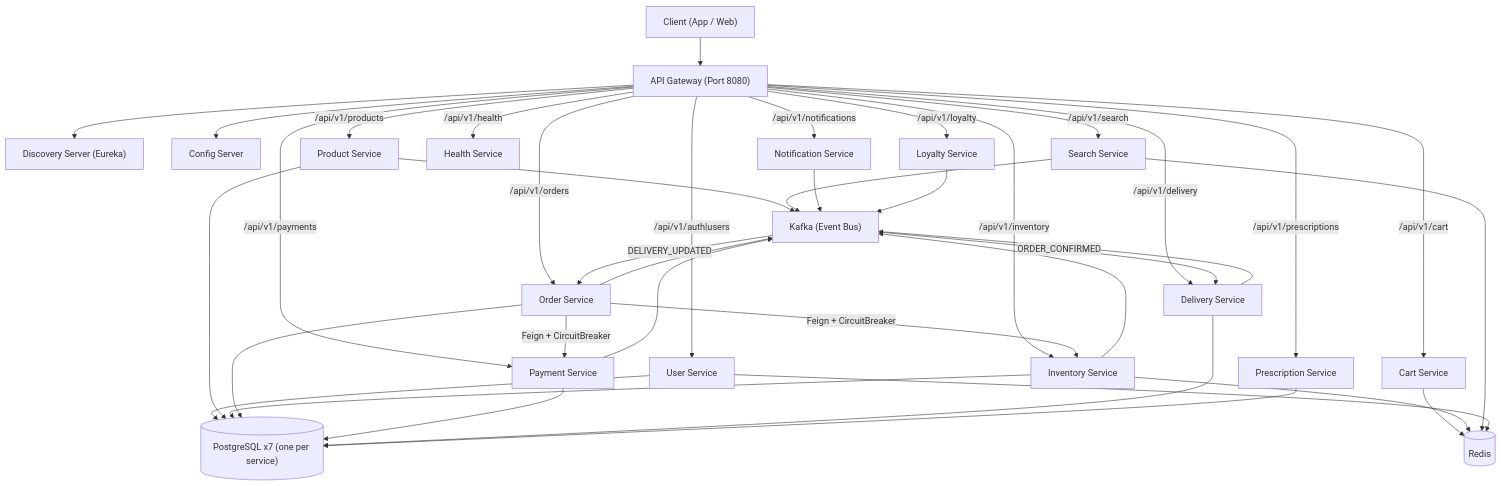
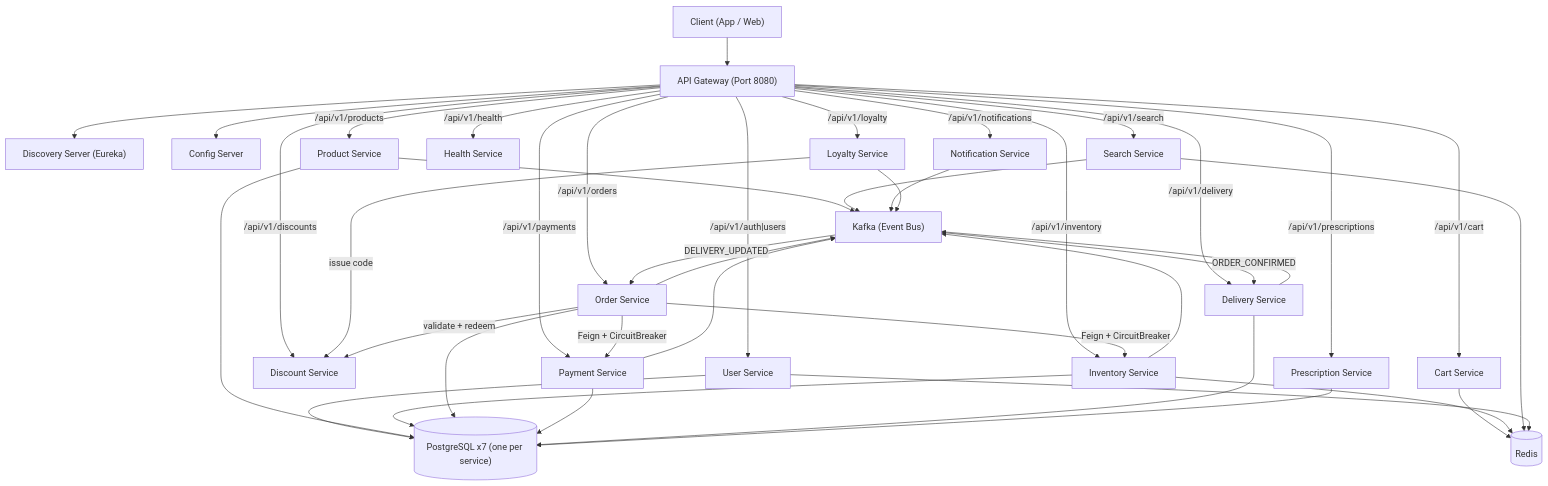
Before and after one commit to code-rana-arijit/Medikit: the first of 3 diagrams in README.md, drawn with Mermaid. The commit also changed other lines of this file and 28 other files, not shown here.

First line of the commit message:
feat(phase9b): reward coupon engine - discount-service lifecycle + checkout integration

````diff
--- a/README.md
+++ b/README.md
@@ -74,43 +74,47 @@
 ```mermaid
 graph TD
     A["Client (App / Web)"] --> G["API Gateway (Port 8080)"]
     G --> D["Discovery Server (Eureka)"]
     G --> C["Config Server"]
     G -->|"/api/v1/auth|users"| US["User Service"]
     G -->|"/api/v1/products"| PS["Product Service"]
     G -->|"/api/v1/search"| SS["Search Service"]
     G -->|"/api/v1/health"| HS["Health Service"]
     G -->|"/api/v1/loyalty"| LS["Loyalty Service"]
+    G -->|"/api/v1/discounts"| DS["Discount Service"]
     G -->|"/api/v1/inventory"| IS["Inventory Service"]
     G -->|"/api/v1/cart"| CS["Cart Service"]
     G -->|"/api/v1/orders"| OS["Order Service"]
     G -->|"/api/v1/payments"| PayS["Payment Service"]
     G -->|"/api/v1/delivery"| DelS["Delivery Service"]
     G -->|"/api/v1/prescriptions"| PreS["Prescription Service"]
     G -->|"/api/v1/notifications"| NS["Notification Service"]
 
     OS -->|"Feign + CircuitBreaker"| IS
     OS -->|"Feign + CircuitBreaker"| PayS
     IS --> PubSub["Kafka (Event Bus)"]
     OS --> PubSub
     PayS --> PubSub
     DelS --> PubSub
     PS --> PubSub
     SS --> PubSub
     NS --> PubSub
     LS --> PubSub
+
+    LS -->|"issue code"| DS
+    OS -->|"validate + redeem"| DS
     PubSub -->|"ORDER_CONFIRMED"| DelS
     PubSub -->|"DELIVERY_UPDATED"| OS
 
     US --> PG1[("PostgreSQL x7 (one per service)")]
     PS --> PG1
     IS --> PG1
     OS --> PG1
     PayS --> PG1
     DelS --> PG1
     PreS --> PG1
     CS --> R[("Redis")]
     IS --> R
     SS --> R
     US --> R
 ```
````
